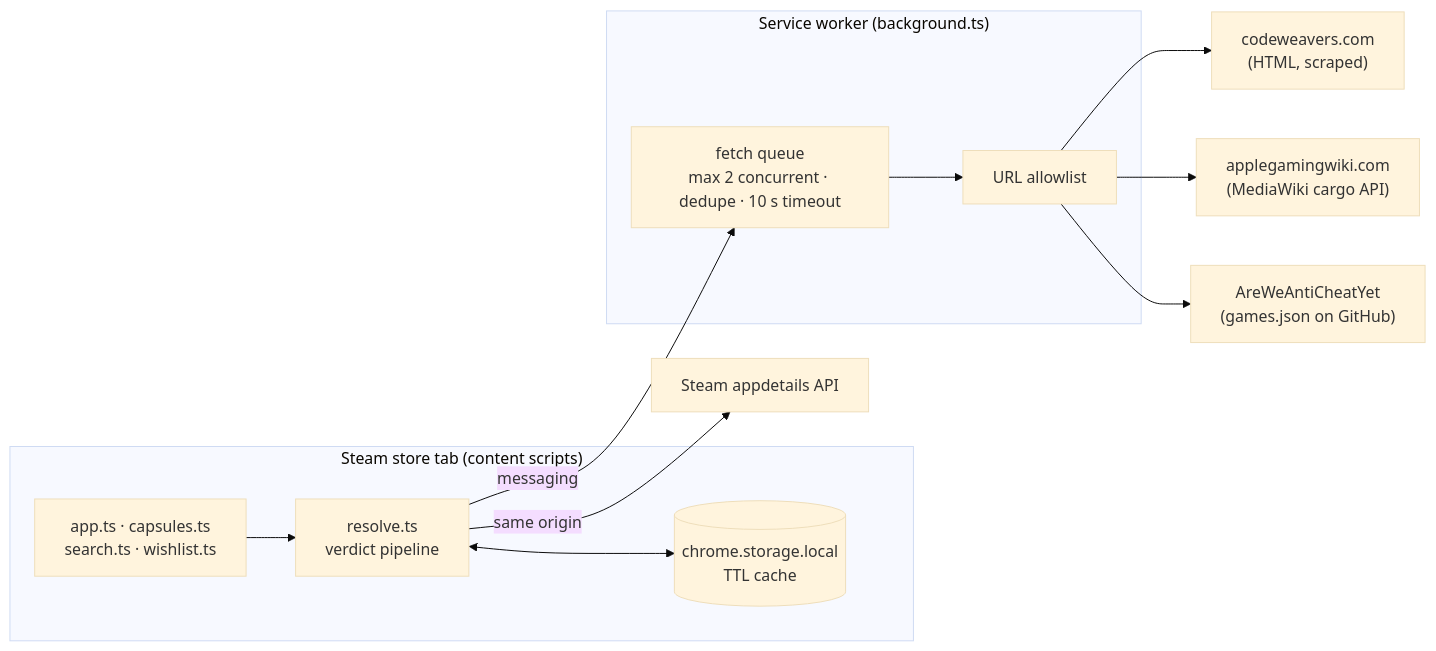
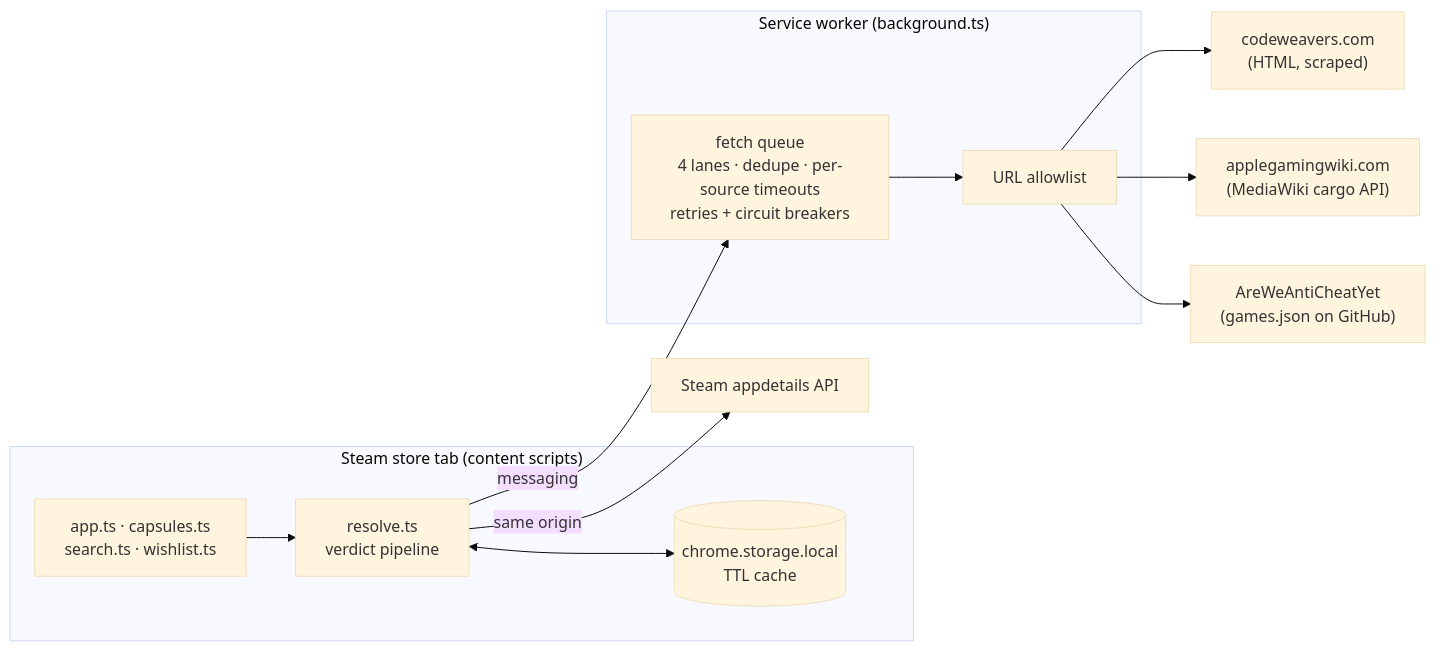
Before and after one commit to s2c52/CrosTem: the diagram in README.md, drawn with Mermaid (base theme). The commit also changed other lines of this file, not shown here.

````diff
--- a/README.md
+++ b/README.md
@@ -104,20 +104,20 @@
 ```mermaid
 flowchart LR
     subgraph tab["Steam store tab (content scripts)"]
         CS["app.ts · capsules.ts<br>search.ts · wishlist.ts"]
         R["resolve.ts<br>verdict pipeline"]
         C[("chrome.storage.local<br>TTL cache")]
         CS --> R
         R <--> C
     end
     subgraph sw["Service worker (background.ts)"]
-        Q["fetch queue<br>max 2 concurrent · dedupe · 10 s timeout"]
+        Q["fetch queue<br>4 lanes · dedupe · per-source timeouts<br>retries + circuit breakers"]
         A["URL allowlist"]
         Q --> A
     end
     R -- messaging --> Q
     A --> CW["codeweavers.com<br>(HTML, scraped)"]
     A --> AGW["applegamingwiki.com<br>(MediaWiki cargo API)"]
     A --> AC["AreWeAntiCheatYet<br>(games.json on GitHub)"]
     R -- "same origin" --> SD["Steam appdetails API"]
 ```
````
